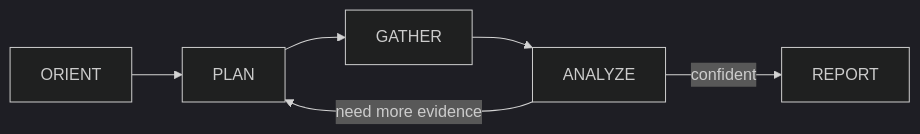
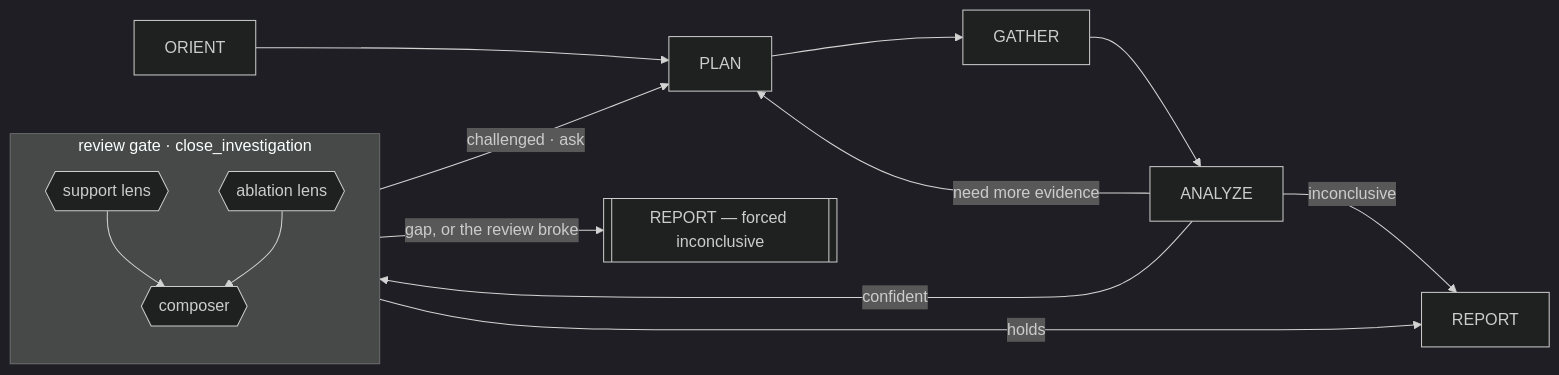
Before and after one commit to beetroot-salad/cyber-response-agent: the first of 2 diagrams in README.md, drawn with Mermaid (dark theme). The commit also changed other lines of this file and 11 other files, not shown here.

````diff
--- a/README.md
+++ b/README.md
@@ -24,8 +26,21 @@
 ```mermaid
 flowchart LR
     ORIENT --> PLAN
     PLAN --> GATHER
     GATHER --> ANALYZE
     ANALYZE -->|need more evidence| PLAN
-    ANALYZE -->|confident| REPORT
+    ANALYZE -->|inconclusive| REPORT
+    ANALYZE -->|confident| GATE
+
+    subgraph GATE ["review gate · close_investigation"]
+      direction TB
+      SUP{{"support lens"}}
+      ABL{{"ablation lens"}}
+      SUP --> CMP{{composer}}
+      ABL --> CMP
+    end
+
+    GATE -->|holds| REPORT
+    GATE -->|challenged · ask| PLAN
+    GATE -->|gap, or the review broke| RI[["REPORT — forced inconclusive"]]
 ```
````
